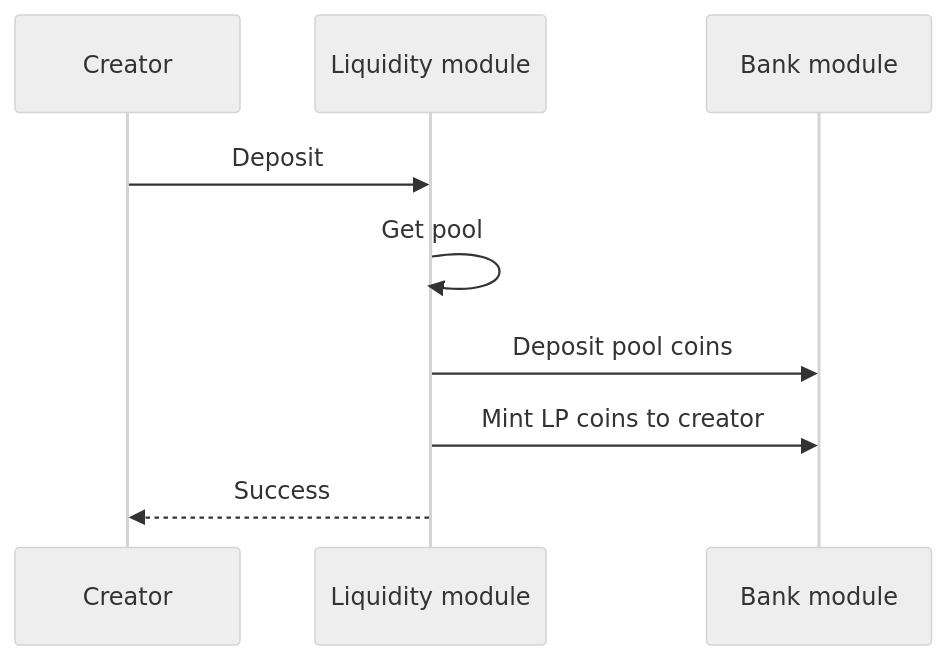
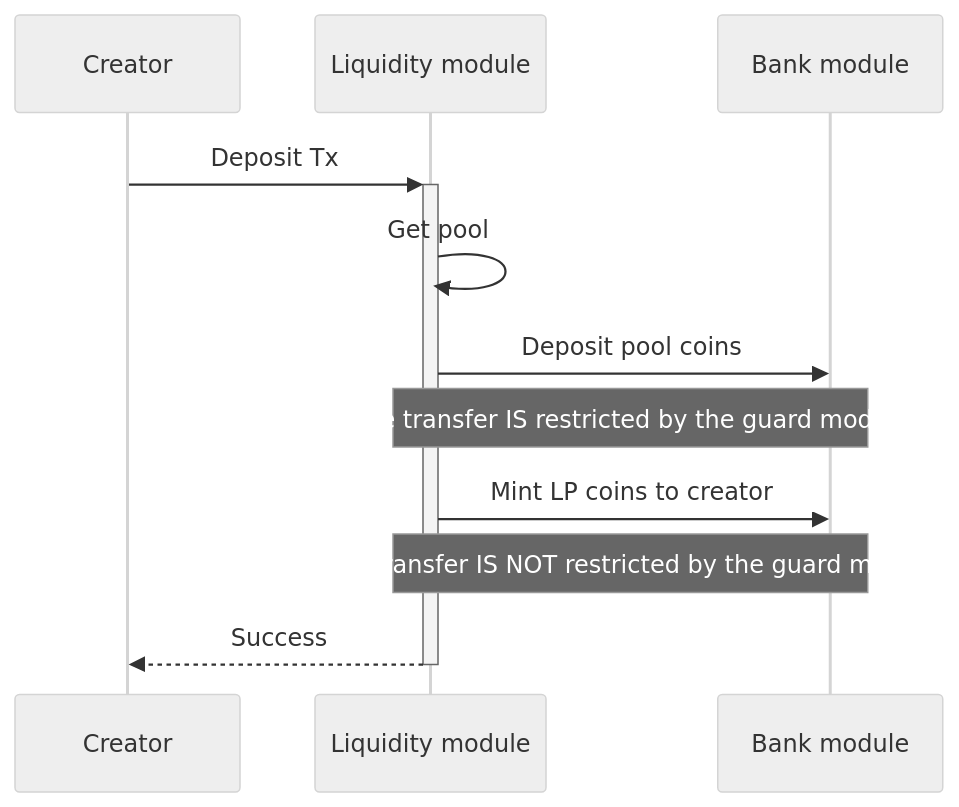
Before and after one commit to MANTRA-Chain/mantrachain: the third of 10 diagrams in x/liquidity/spec/09_txs_flows.md, drawn with Mermaid (neutral theme). The commit also changed other lines of this file and 12 other files, not shown here.

Commit message:
docs: add update txs flows docs

````diff
--- a/x/liquidity/spec/09_txs_flows.md
+++ b/x/liquidity/spec/09_txs_flows.md
@@ -46,8 +42,10 @@
 ```mermaid
 sequenceDiagram
-Creator ->> Liquidity module: Deposit
+Creator->>+Liquidity module: Deposit Tx
 Liquidity module->>Liquidity module: Get pool
 Liquidity module->>Bank module: Deposit pool coins
-Liquidity module->> Bank module: Mint LP coins to creator
-Liquidity module-->> Creator: Success
+Note over Liquidity module, Bank module: The transfer IS restricted by the guard module
+Liquidity module->>Bank module: Mint LP coins to creator
+Note over Liquidity module, Bank module: The transfer IS NOT restricted by the guard module
+Liquidity module-->>-Creator: Success
 ```
````
